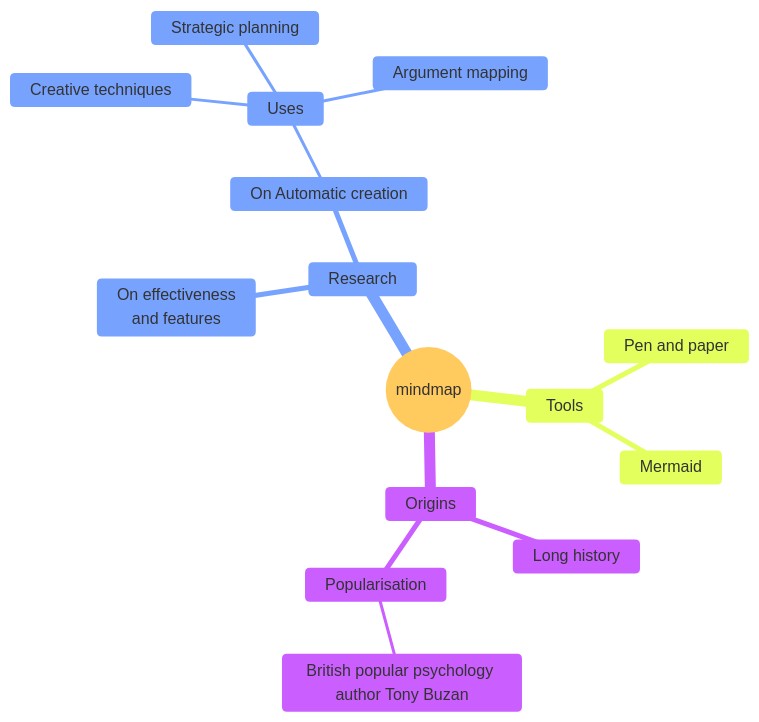
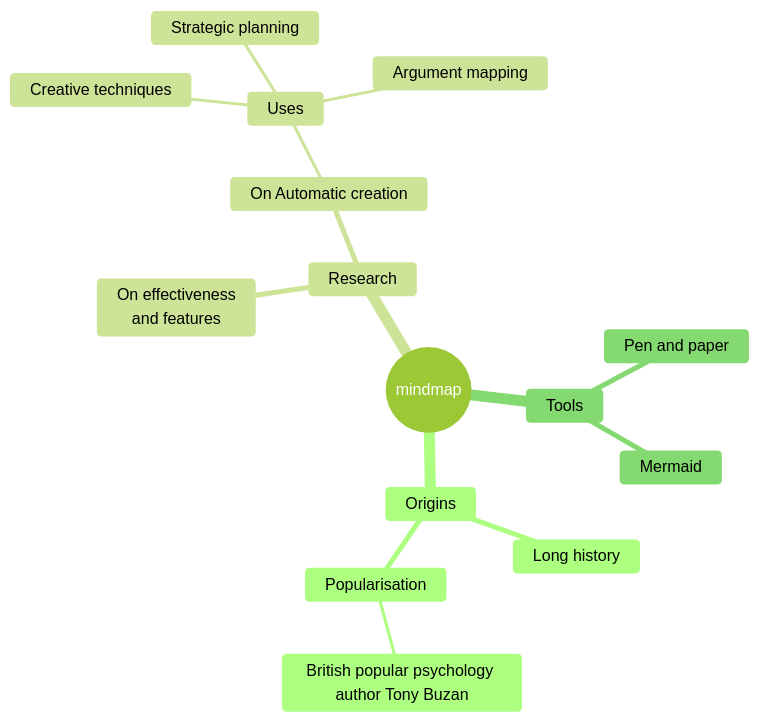
One commit to boddaert/snt changed the diagram in seconde/Réseaux sociaux/Identite_numerique.md. Above: the diagram before and after it, drawn with Mermaid.

Commit message:
id numerique

````diff
--- a/seconde/Réseaux sociaux/Identite_numerique.md
+++ b/seconde/Réseaux sociaux/Identite_numerique.md
@@ -7,20 +7,20 @@
 ```mermaid
-%%{init: { 'logLevel': 'debug', 'theme': 'base'}}%%
+%%{init: { 'logLevel': 'debug', 'theme': 'forest'}}%%
 mindmap
   root((mindmap))
     Origins
       Long history
       ::icon(fa fa-book)
       Popularisation
         British popular psychology author Tony Buzan
     Research
       On effectiveness<br/>and features
       On Automatic creation
         Uses
             Creative techniques
             Strategic planning
             Argument mapping
     Tools
       Pen and paper
       Mermaid
 ```
````
